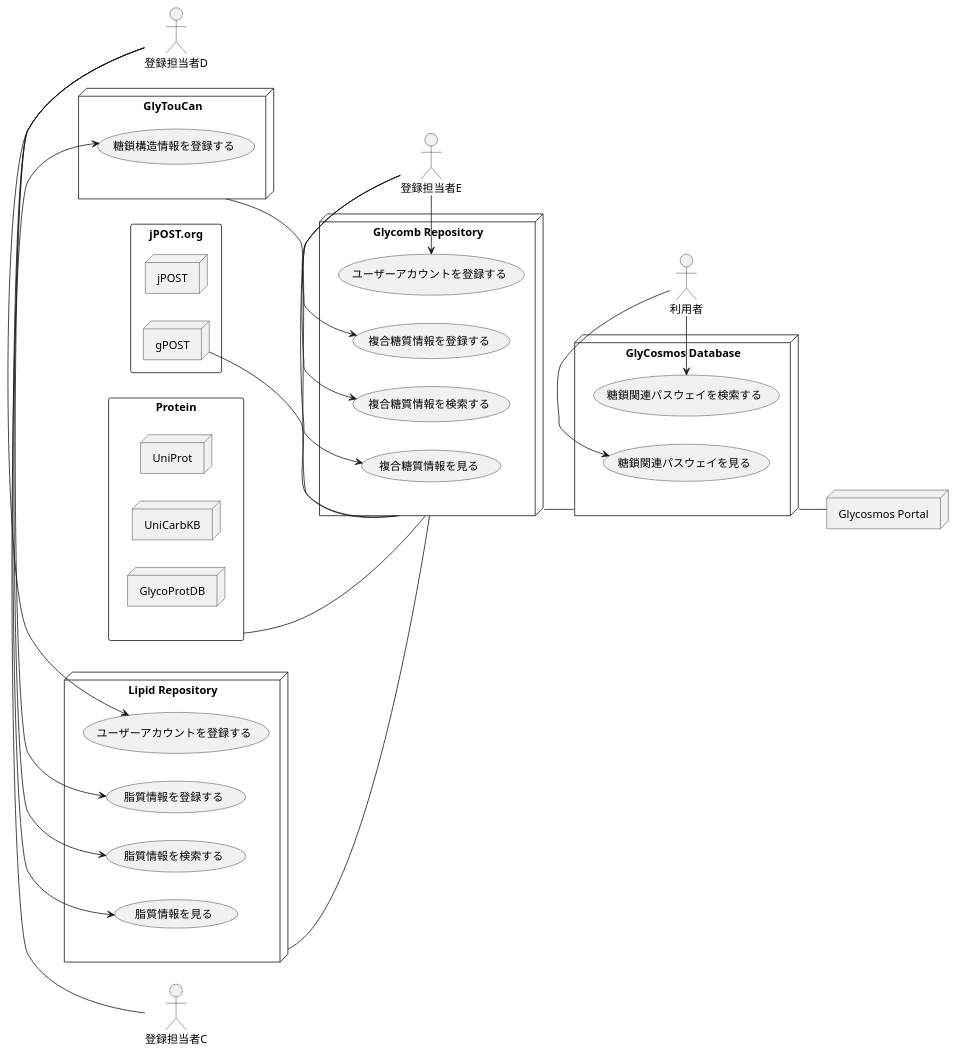
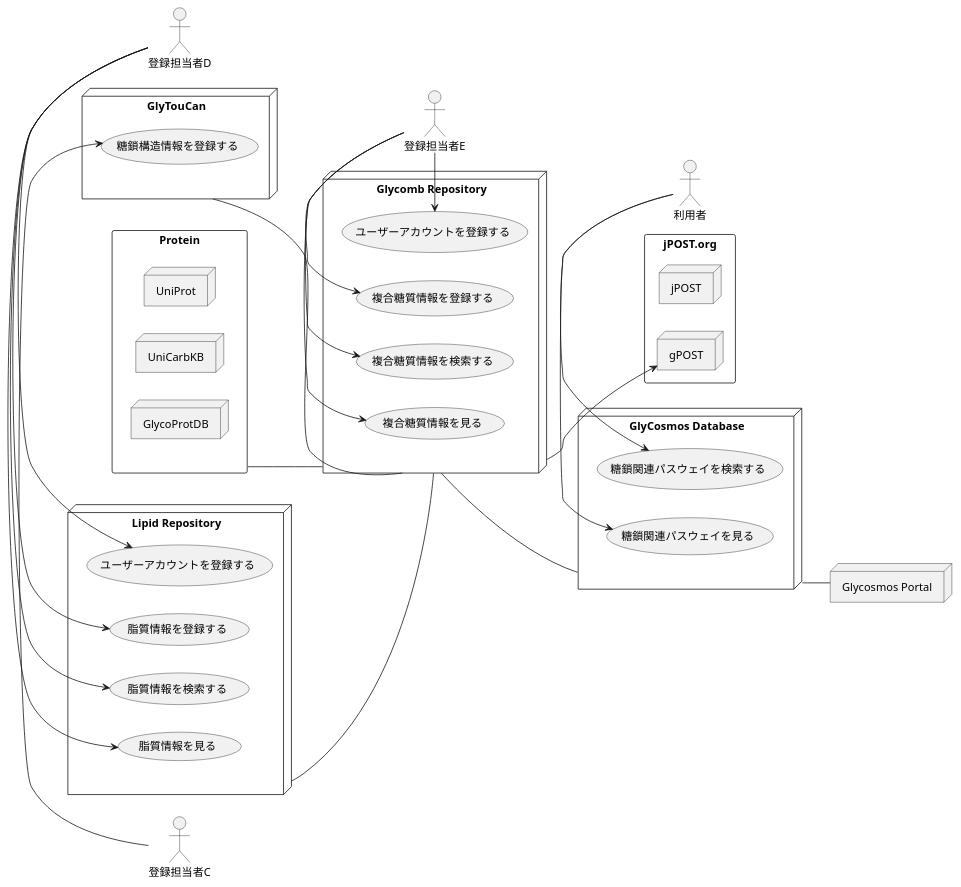
Before and after one commit to shinmachi/Atom-PlantUML: the diagram in overview.v0.2.pu, drawn with PlantUML. The commit also changed 1 other file, not shown here.

```diff
--- a/overview.v0.2.pu
+++ b/overview.v0.2.pu
@@ -1,71 +1,68 @@
 @startuml
 
 'actor'
 actor 登録担当者C
 actor 登録担当者D
 actor 登録担当者E
 actor 利用者
 'actor 管理者
 
 left to right direction
 
 node "GlyTouCan" as glytoucan {
 登録担当者C-right-> (糖鎖構造情報を登録する)
 }
 
 node "Glycomb Repository" as glycomb {
 usecase (ユーザーアカウントを登録する) as userAccount
 登録担当者E -right-> userAccount
 登録担当者E -right-> (複合糖質情報を登録する)
 登録担当者E -right-> (複合糖質情報を検索する)
 登録担当者E -right-> (複合糖質情報を見る)
 }
 
 rectangle "jPOST.org" as jpostorg {
   node "jPOST" as jpost {
   }
   node "gPOST" as gpost {
   }
 }
 
 rectangle "Protein" as protein {
   node "UniProt" as uniprot {
   }
 
   node "UniCarbKB" as unicarbkb {
   }
 
   node "GlycoProtDB" as glycoprotdb {
   }
 }
 
 node "Lipid Repository" as lipidr {
 usecase (ユーザーアカウントを登録する) as userLipidR
 登録担当者D -right-> userLipidR
 登録担当者D -right->  (脂質情報を登録する)
 登録担当者D -right->  (脂質情報を検索する)
 登録担当者D -right->  (脂質情報を見る)
 }
 
 node "GlyCosmos Database" as glycosmosdb {
 利用者 -right-> (糖鎖関連パスウェイを検索する)
 利用者 -right-> (糖鎖関連パスウェイを見る)
 }
 
 node "Glycosmos Portal" as glycosmosp {
 }
 
 'LINKING'
-'glycomb -- glytoucan
-'uniprot -- glycomb
-'unicarbkb -- glycomb
-'glycoprotdb -- glycomb
 protein -- glycomb
-gpost -- glycomb
+'gpost <-- glycomb
+glycomb --> gpost
 glytoucan -- glycomb
 lipidr -- glycomb
 glycomb -- glycosmosdb
 glycosmosdb -- glycosmosp
 
 
 @enduml
```
